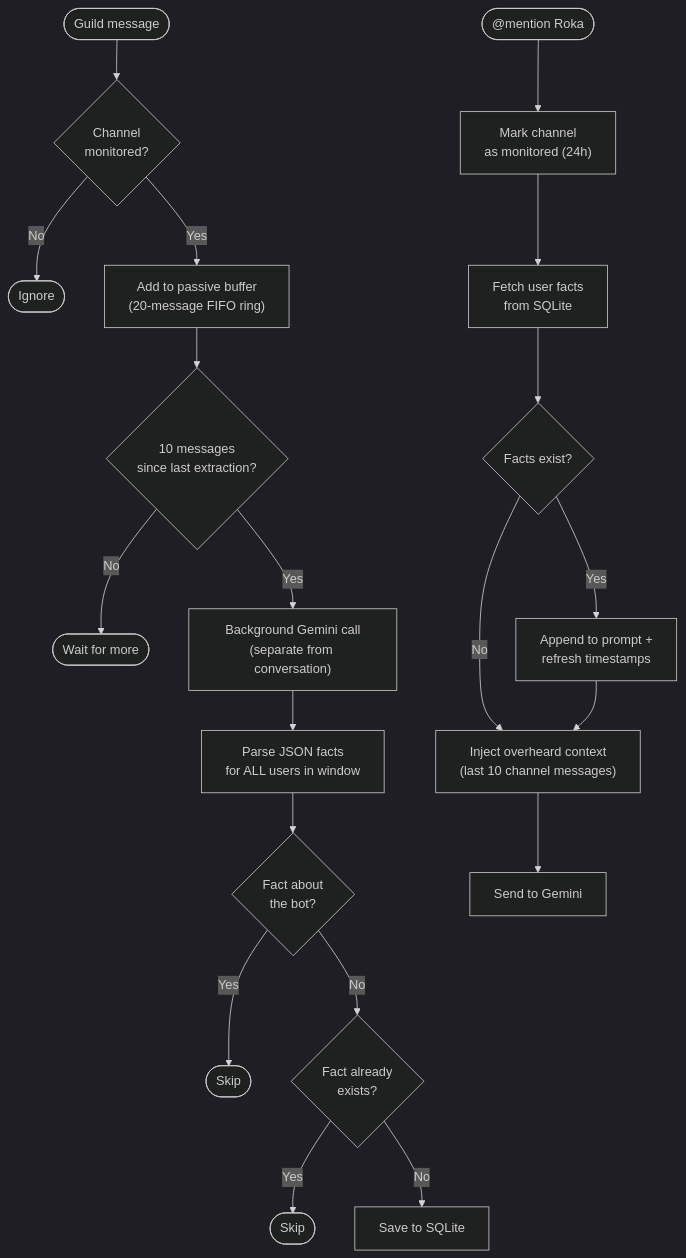
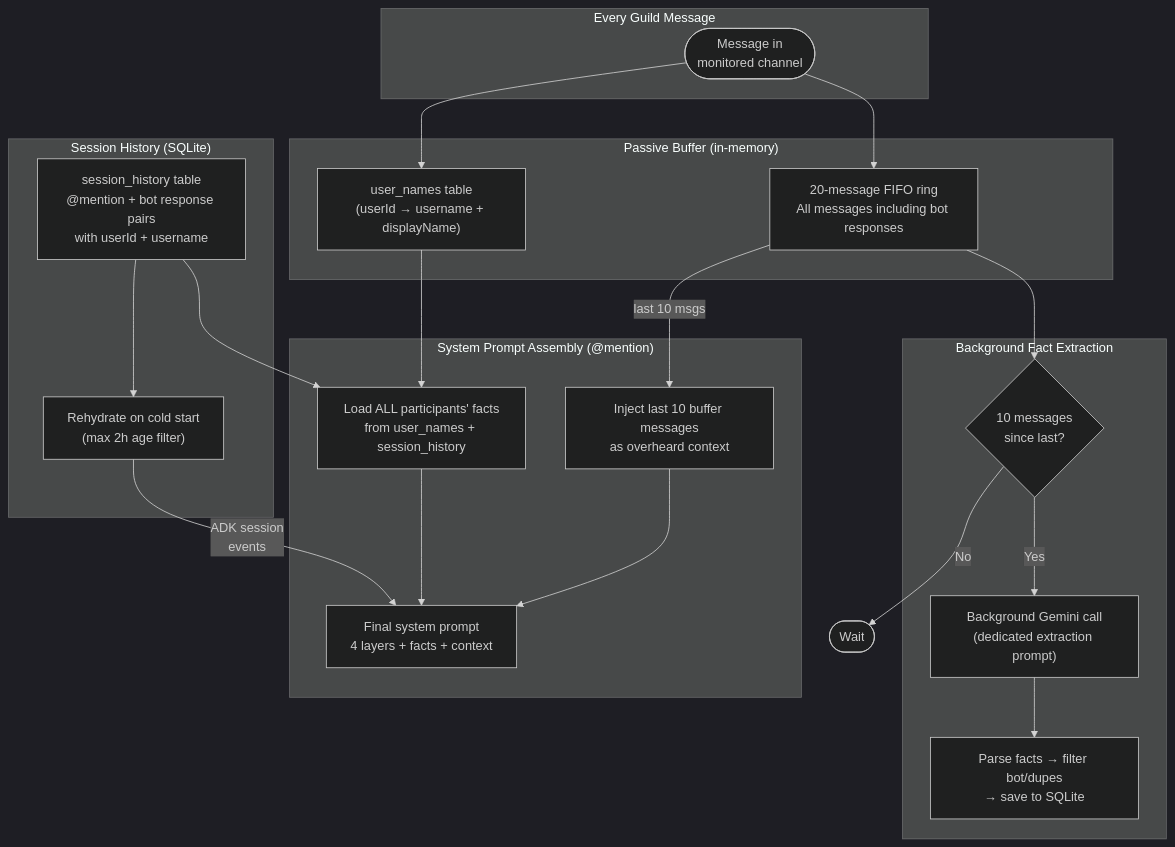
The fifth of 6 diagrams in README.md (AlaskanTuna/rokabot), drawn with Mermaid (dark theme) before and after one commit. The commit also changed other lines of this file, not shown here.

Commit message:
docs: unify session, memory, and context architecture into single diagram

````diff
--- a/README.md
+++ b/README.md
@@ -196,23 +148,44 @@
 ```mermaid
 flowchart TD
-    Msg([Guild message]) --> Monitored{"Channel\nmonitored?"}
-    Monitored -->|No| Skip1([Ignore])
-    Monitored -->|Yes| Buffer["Add to passive buffer\n(20-message FIFO ring)"]
-    Buffer --> Counter{"10 messages\nsince last extraction?"}
-    Counter -->|No| Wait([Wait for more])
-    Counter -->|Yes| Extract["Background Gemini call\n(separate from conversation)"]
-    Extract --> Parse["Parse JSON facts\nfor ALL users in window"]
-    Parse --> BotCheck{"Fact about\nthe bot?"}
-    BotCheck -->|Yes| Skip3([Skip])
-    BotCheck -->|No| Dedup{"Fact already\nexists?"}
-    Dedup -->|Yes| Skip2([Skip])
-    Dedup -->|No| Save["Save to SQLite"]
+    subgraph Input["Every Guild Message"]
+        Msg([Message in\nmonitored channel])
+    end
 
-    Mention(["@mention Roka"]) --> Activate["Mark channel\nas monitored (24h)"]
-    Activate --> Fetch["Fetch user facts\nfrom SQLite"]
-    Fetch --> Inject{"Facts exist?"}
-    Inject -->|Yes| Append["Append to prompt +\nrefresh timestamps"]
-    Inject -->|No| Context
-    Append --> Context["Inject overheard context\n(last 10 channel messages)"]
-    Context --> LLM["Send to Gemini"]
+    subgraph PassiveBuffer["Passive Buffer (in-memory)"]
+        Buffer["20-message FIFO ring\nAll messages including bot responses"]
+        UserMap["user_names table\n(userId → username + displayName)"]
+    end
+
+    subgraph Extraction["Background Fact Extraction"]
+        Counter{"10 messages\nsince last?"}
+        Extract["Background Gemini call\n(dedicated extraction prompt)"]
+        Parse["Parse facts → filter bot/dupes\n→ save to SQLite"]
+    end
+
+    subgraph SessionHistory["Session History (SQLite)"]
+        History["session_history table\n@mention + bot response pairs\nwith userId + username"]
+        Rehydrate["Rehydrate on cold start\n(max 2h age filter)"]
+    end
+
+    subgraph PromptAssembly["System Prompt Assembly (@mention)"]
+        Facts["Load ALL participants' facts\nfrom user_names + session_history"]
+        Overheard["Inject last 10 buffer messages\nas overheard context"]
+        Prompt["Final system prompt\n4 layers + facts + context"]
+    end
+
+    Msg --> Buffer
+    Msg --> UserMap
+    Buffer --> Counter
+    Counter -->|Yes| Extract
+    Extract --> Parse
+    Counter -->|No| Wait([Wait])
+
+    Buffer -->|last 10 msgs| Overheard
+    UserMap --> Facts
+    History --> Facts
+    History --> Rehydrate
+
+    Facts --> Prompt
+    Overheard --> Prompt
+    Rehydrate -->|"ADK session\nevents"| Prompt
 ```
````
